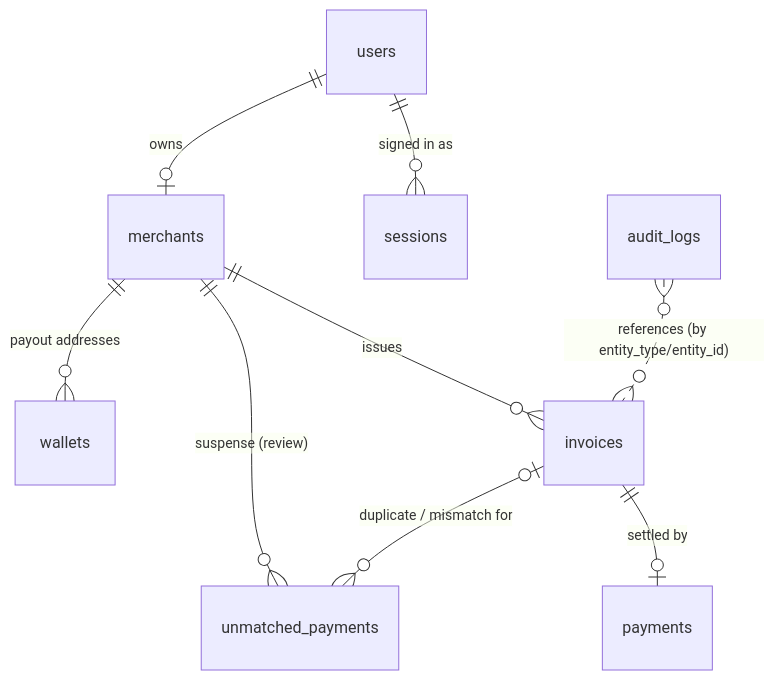
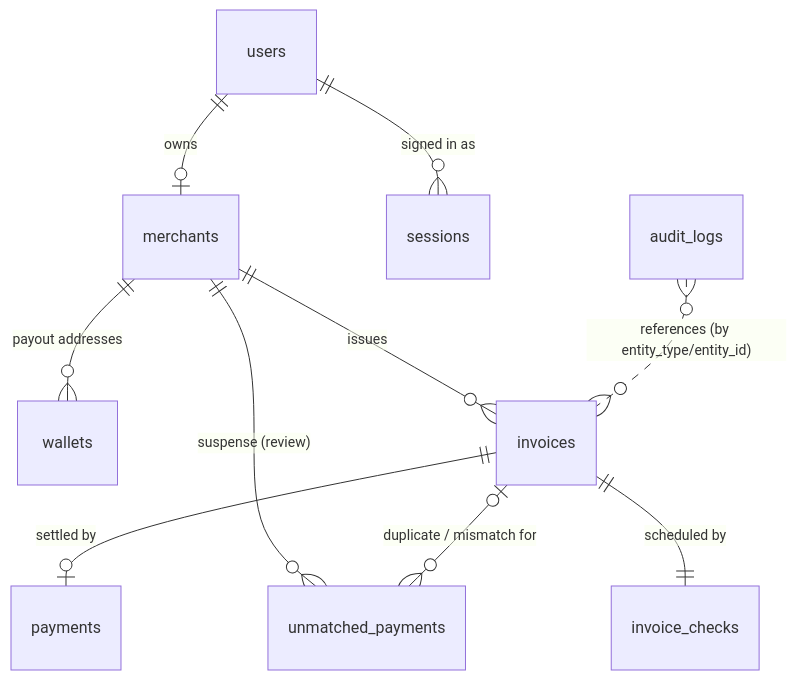
One commit to Ram2k24/solanapay-checkout changed the diagram in docs/database.md. Above: the diagram before and after it, drawn with Mermaid. The commit also changed other lines of this file and 6 other files, not shown here.

````diff
--- a/docs/database.md
+++ b/docs/database.md
@@ -8,11 +8,12 @@
 ```mermaid
 erDiagram
     users ||--o| merchants : owns
     merchants ||--o{ wallets : "payout addresses"
     merchants ||--o{ invoices : issues
     invoices ||--o| payments : "settled by"
     merchants ||--o{ unmatched_payments : "suspense (review)"
     invoices |o--o{ unmatched_payments : "duplicate / mismatch for"
+    invoices ||--|| invoice_checks : "scheduled by"
     users ||--o{ sessions : "signed in as"
     audit_logs }o..o{ invoices : "references (by entity_type/entity_id)"
 ```
````
